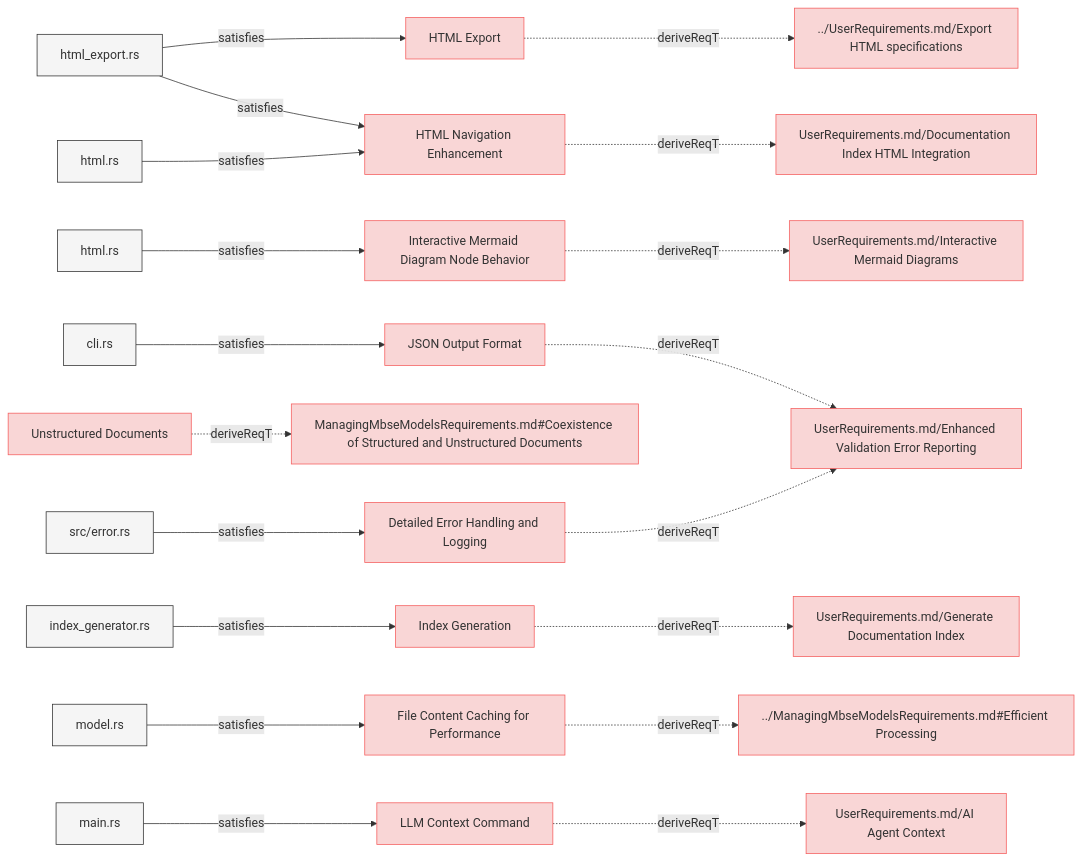
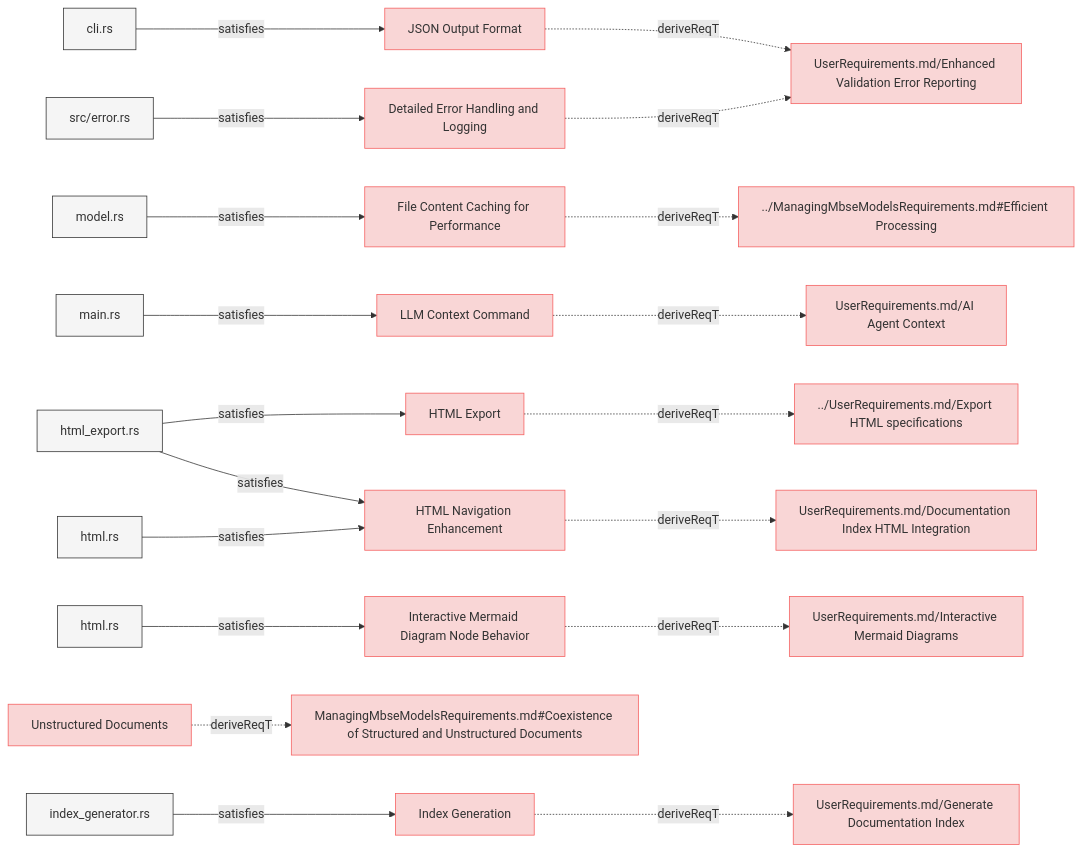
Before and after one commit to reqvire-org/reqvire: the third of 8 diagrams in specifications/SystemRequirements/Requirements.md, drawn with Mermaid. The commit also changed other lines of this file and 160 other files, not shown here.

````diff
--- a/specifications/SystemRequirements/Requirements.md
+++ b/specifications/SystemRequirements/Requirements.md
@@ -236,97 +236,97 @@
   classDef externalLink fill:#d0e0ff,stroke:#3080ff,stroke-width:1px;
   classDef default fill:#f5f5f5,stroke:#333333,stroke-width:1px;
 
-  99e7b8dcc342d683["HTML Export"];
-  click 99e7b8dcc342d683 "https://github.com/ilijaljubicic/ReqFlow/blob/73d5ae1d93adea71fdf4cc508be4d1ae09be068f/specifications/SystemRequirements/Requirements.md#html-export";
-  class 99e7b8dcc342d683 requirement;
-  6a4b7e96941effda["../UserRequirements.md/Export HTML specifications"];
-  class 6a4b7e96941effda requirement;
-  click 6a4b7e96941effda "https://github.com/ilijaljubicic/ReqFlow/blob/73d5ae1d93adea71fdf4cc508be4d1ae09be068f/specifications/UserRequirements.md#export-html-specifications";
-  99e7b8dcc342d683 -.->|deriveReqT| 6a4b7e96941effda;
-  43008ed7c339f087["html_export.rs"];
-  class 43008ed7c339f087 default;
-  click 43008ed7c339f087 "https://github.com/ilijaljubicic/ReqFlow/blob/73d5ae1d93adea71fdf4cc508be4d1ae09be068f/core/src/html_export.rs";
-  43008ed7c339f087 -->|satisfies| 99e7b8dcc342d683;
-  71debc495e095645["Interactive Mermaid Diagram Node Behavior"];
-  click 71debc495e095645 "https://github.com/ilijaljubicic/ReqFlow/blob/73d5ae1d93adea71fdf4cc508be4d1ae09be068f/specifications/SystemRequirements/Requirements.md#interactive-mermaid-diagram-node-behavior";
-  class 71debc495e095645 requirement;
-  27cb448230f8b6b0["UserRequirements.md/Interactive Mermaid Diagrams"];
-  class 27cb448230f8b6b0 requirement;
-  click 27cb448230f8b6b0 "https://github.com/ilijaljubicic/ReqFlow/blob/73d5ae1d93adea71fdf4cc508be4d1ae09be068f/specifications/UserRequirements.md#interactive-mermaid-diagrams";
-  71debc495e095645 -.->|deriveReqT| 27cb448230f8b6b0;
-  3e6a4a60e7534058["html.rs"];
-  class 3e6a4a60e7534058 default;
-  click 3e6a4a60e7534058 "https://github.com/ilijaljubicic/ReqFlow/blob/73d5ae1d93adea71fdf4cc508be4d1ae09be068f/core/src/diagrams.rs";
-  3e6a4a60e7534058 -->|satisfies| 71debc495e095645;
-  59cc05826edfa20c["HTML Navigation Enhancement"];
-  click 59cc05826edfa20c "https://github.com/ilijaljubicic/ReqFlow/blob/73d5ae1d93adea71fdf4cc508be4d1ae09be068f/specifications/SystemRequirements/Requirements.md#html-navigation-enhancement";
-  class 59cc05826edfa20c requirement;
-  9f579ceba1c84b17["UserRequirements.md/Documentation Index HTML Integration"];
-  class 9f579ceba1c84b17 requirement;
-  click 9f579ceba1c84b17 "https://github.com/ilijaljubicic/ReqFlow/blob/73d5ae1d93adea71fdf4cc508be4d1ae09be068f/specifications/UserRequirements.md#documentation-index-html-integration";
-  59cc05826edfa20c -.->|deriveReqT| 9f579ceba1c84b17;
-  8c5748ba9b82ee1e["html.rs"];
-  class 8c5748ba9b82ee1e default;
-  click 8c5748ba9b82ee1e "https://github.com/ilijaljubicic/ReqFlow/blob/73d5ae1d93adea71fdf4cc508be4d1ae09be068f/core/src/html.rs";
-  8c5748ba9b82ee1e -->|satisfies| 59cc05826edfa20c;
-  43008ed7c339f087 -->|satisfies| 59cc05826edfa20c;
-  1961923a36e51056["JSON Output Format"];
-  click 1961923a36e51056 "https://github.com/ilijaljubicic/ReqFlow/blob/73d5ae1d93adea71fdf4cc508be4d1ae09be068f/specifications/SystemRequirements/Requirements.md#json-output-format";
-  class 1961923a36e51056 requirement;
-  ad1bea65795cf377["UserRequirements.md/Enhanced Validation Error Reporting"];
-  class ad1bea65795cf377 requirement;
-  click ad1bea65795cf377 "https://github.com/ilijaljubicic/ReqFlow/blob/73d5ae1d93adea71fdf4cc508be4d1ae09be068f/specifications/UserRequirements.md#enhanced-validation-error-reporting";
-  1961923a36e51056 -.->|deriveReqT| ad1bea65795cf377;
-  b2b6ff676ff5d2cc["cli.rs"];
-  class b2b6ff676ff5d2cc default;
-  click b2b6ff676ff5d2cc "https://github.com/ilijaljubicic/ReqFlow/blob/73d5ae1d93adea71fdf4cc508be4d1ae09be068f/cli/src/cli.rs";
-  b2b6ff676ff5d2cc -->|satisfies| 1961923a36e51056;
-  15fa7a7cfb9bc2a3["Unstructured Documents"];
-  click 15fa7a7cfb9bc2a3 "https://github.com/ilijaljubicic/ReqFlow/blob/73d5ae1d93adea71fdf4cc508be4d1ae09be068f/specifications/SystemRequirements/Requirements.md#unstructured-documents";
-  class 15fa7a7cfb9bc2a3 requirement;
-  ab0a6601a5fb42c8["ManagingMbseModelsRequirements.md#Coexistence of Structured and Unstructured Documents"];
-  class ab0a6601a5fb42c8 requirement;
-  click ab0a6601a5fb42c8 "https://github.com/ilijaljubicic/ReqFlow/blob/73d5ae1d93adea71fdf4cc508be4d1ae09be068f/specifications/ManagingMbseModelsRequirements.md#coexistence-of-structured-and-unstructured-documents";
-  15fa7a7cfb9bc2a3 -.->|deriveReqT| ab0a6601a5fb42c8;
-  62ab248e5b824192["Index Generation"];
-  click 62ab248e5b824192 "https://github.com/ilijaljubicic/ReqFlow/blob/73d5ae1d93adea71fdf4cc508be4d1ae09be068f/specifications/SystemRequirements/Requirements.md#index-generation";
-  class 62ab248e5b824192 requirement;
-  c7c34d508e89ee3c["UserRequirements.md/Generate Documentation Index"];
-  class c7c34d508e89ee3c requirement;
-  click c7c34d508e89ee3c "https://github.com/ilijaljubicic/ReqFlow/blob/73d5ae1d93adea71fdf4cc508be4d1ae09be068f/specifications/UserRequirements.md#generate-documentation-index";
-  62ab248e5b824192 -.->|deriveReqT| c7c34d508e89ee3c;
-  c2ec7779a185b1df["index_generator.rs"];
-  class c2ec7779a185b1df default;
-  click c2ec7779a185b1df "https://github.com/ilijaljubicic/ReqFlow/blob/73d5ae1d93adea71fdf4cc508be4d1ae09be068f/core/src/index_generator.rs";
-  c2ec7779a185b1df -->|satisfies| 62ab248e5b824192;
-  ebf05dbb02b07598["File Content Caching for Performance"];
-  click ebf05dbb02b07598 "https://github.com/ilijaljubicic/ReqFlow/blob/73d5ae1d93adea71fdf4cc508be4d1ae09be068f/specifications/SystemRequirements/Requirements.md#file-content-caching-for-performance";
-  class ebf05dbb02b07598 requirement;
-  aac74edfeb367501["../ManagingMbseModelsRequirements.md#Efficient Processing"];
-  class aac74edfeb367501 requirement;
-  click aac74edfeb367501 "https://github.com/ilijaljubicic/ReqFlow/blob/73d5ae1d93adea71fdf4cc508be4d1ae09be068f/specifications/ManagingMbseModelsRequirements.md#efficient-processing";
-  ebf05dbb02b07598 -.->|deriveReqT| aac74edfeb367501;
-  9efd257c4e6a45f9["model.rs"];
-  class 9efd257c4e6a45f9 default;
-  click 9efd257c4e6a45f9 "https://github.com/ilijaljubicic/ReqFlow/blob/73d5ae1d93adea71fdf4cc508be4d1ae09be068f/core/src/model.rs";
-  9efd257c4e6a45f9 -->|satisfies| ebf05dbb02b07598;
-  2c6c9d35cca20822["LLM Context Command"];
-  click 2c6c9d35cca20822 "https://github.com/ilijaljubicic/ReqFlow/blob/73d5ae1d93adea71fdf4cc508be4d1ae09be068f/specifications/SystemRequirements/Requirements.md#llm-context-command";
-  class 2c6c9d35cca20822 requirement;
-  b1d0919d0418c0f1["UserRequirements.md/AI Agent Context"];
-  class b1d0919d0418c0f1 requirement;
-  click b1d0919d0418c0f1 "https://github.com/ilijaljubicic/ReqFlow/blob/73d5ae1d93adea71fdf4cc508be4d1ae09be068f/specifications/UserRequirements.md#ai-agent-context";
-  2c6c9d35cca20822 -.->|deriveReqT| b1d0919d0418c0f1;
-  fa97bbe2cc21e304["main.rs"];
-  class fa97bbe2cc21e304 default;
-  click fa97bbe2cc21e304 "https://github.com/ilijaljubicic/ReqFlow/blob/73d5ae1d93adea71fdf4cc508be4d1ae09be068f/cli/src/main.rs";
-  fa97bbe2cc21e304 -->|satisfies| 2c6c9d35cca20822;
-  8cd1d72c54544cd9["Detailed Error Handling and Logging"];
-  click 8cd1d72c54544cd9 "https://github.com/ilijaljubicic/ReqFlow/blob/73d5ae1d93adea71fdf4cc508be4d1ae09be068f/specifications/SystemRequirements/Requirements.md#detailed-error-handling-and-logging";
-  class 8cd1d72c54544cd9 requirement;
-  8cd1d72c54544cd9 -.->|deriveReqT| ad1bea65795cf377;
-  222ec862cb08c29a["src/error.rs"];
-  class 222ec862cb08c29a default;
-  click 222ec862cb08c29a "https://github.com/ilijaljubicic/ReqFlow/blob/73d5ae1d93adea71fdf4cc508be4d1ae09be068f/core/src/error.rs";
-  222ec862cb08c29a -->|satisfies| 8cd1d72c54544cd9;
+  34955d64b2f2498a["JSON Output Format"];
+  click 34955d64b2f2498a "https://github.com/ilijaljubicic/Reqvire/blob/8a68ca1eab81bac7964085e47777a0a92447c6a5/specifications/SystemRequirements/Requirements.md#json-output-format";
+  class 34955d64b2f2498a requirement;
+  20193d4c951bb5d8["UserRequirements.md/Enhanced Validation Error Reporting"];
+  class 20193d4c951bb5d8 requirement;
+  click 20193d4c951bb5d8 "https://github.com/ilijaljubicic/Reqvire/blob/8a68ca1eab81bac7964085e47777a0a92447c6a5/specifications/UserRequirements.md#enhanced-validation-error-reporting";
+  34955d64b2f2498a -.->|deriveReqT| 20193d4c951bb5d8;
+  5fe26772336463bc["cli.rs"];
+  class 5fe26772336463bc default;
+  click 5fe26772336463bc "https://github.com/ilijaljubicic/Reqvire/blob/8a68ca1eab81bac7964085e47777a0a92447c6a5/cli/src/cli.rs";
+  5fe26772336463bc -->|satisfies| 34955d64b2f2498a;
+  d0ab992050899c65["Detailed Error Handling and Logging"];
+  click d0ab992050899c65 "https://github.com/ilijaljubicic/Reqvire/blob/8a68ca1eab81bac7964085e47777a0a92447c6a5/specifications/SystemRequirements/Requirements.md#detailed-error-handling-and-logging";
+  class d0ab992050899c65 requirement;
+  d0ab992050899c65 -.->|deriveReqT| 20193d4c951bb5d8;
+  7d8c02914ff6562f["src/error.rs"];
+  class 7d8c02914ff6562f default;
+  click 7d8c02914ff6562f "https://github.com/ilijaljubicic/Reqvire/blob/8a68ca1eab81bac7964085e47777a0a92447c6a5/core/src/error.rs";
+  7d8c02914ff6562f -->|satisfies| d0ab992050899c65;
+  6fda52e049427373["File Content Caching for Performance"];
+  click 6fda52e049427373 "https://github.com/ilijaljubicic/Reqvire/blob/8a68ca1eab81bac7964085e47777a0a92447c6a5/specifications/SystemRequirements/Requirements.md#file-content-caching-for-performance";
+  class 6fda52e049427373 requirement;
+  b6c8faf2d138c14a["../ManagingMbseModelsRequirements.md#Efficient Processing"];
+  class b6c8faf2d138c14a requirement;
+  click b6c8faf2d138c14a "https://github.com/ilijaljubicic/Reqvire/blob/8a68ca1eab81bac7964085e47777a0a92447c6a5/specifications/ManagingMbseModelsRequirements.md#efficient-processing";
+  6fda52e049427373 -.->|deriveReqT| b6c8faf2d138c14a;
+  2671722513a08b18["model.rs"];
+  class 2671722513a08b18 default;
+  click 2671722513a08b18 "https://github.com/ilijaljubicic/Reqvire/blob/8a68ca1eab81bac7964085e47777a0a92447c6a5/core/src/model.rs";
+  2671722513a08b18 -->|satisfies| 6fda52e049427373;
+  9bd5bfd010597a61["LLM Context Command"];
+  click 9bd5bfd010597a61 "https://github.com/ilijaljubicic/Reqvire/blob/8a68ca1eab81bac7964085e47777a0a92447c6a5/specifications/SystemRequirements/Requirements.md#llm-context-command";
+  class 9bd5bfd010597a61 requirement;
+  c5fffc3cd9f22134["UserRequirements.md/AI Agent Context"];
+  class c5fffc3cd9f22134 requirement;
+  click c5fffc3cd9f22134 "https://github.com/ilijaljubicic/Reqvire/blob/8a68ca1eab81bac7964085e47777a0a92447c6a5/specifications/UserRequirements.md#ai-agent-context";
+  9bd5bfd010597a61 -.->|deriveReqT| c5fffc3cd9f22134;
+  f6af4e23e0321ea9["main.rs"];
+  class f6af4e23e0321ea9 default;
+  click f6af4e23e0321ea9 "https://github.com/ilijaljubicic/Reqvire/blob/8a68ca1eab81bac7964085e47777a0a92447c6a5/cli/src/main.rs";
+  f6af4e23e0321ea9 -->|satisfies| 9bd5bfd010597a61;
+  e0125fd451efef8b["HTML Export"];
+  click e0125fd451efef8b "https://github.com/ilijaljubicic/Reqvire/blob/8a68ca1eab81bac7964085e47777a0a92447c6a5/specifications/SystemRequirements/Requirements.md#html-export";
+  class e0125fd451efef8b requirement;
+  6424b4fd0b132482["../UserRequirements.md/Export HTML specifications"];
+  class 6424b4fd0b132482 requirement;
+  click 6424b4fd0b132482 "https://github.com/ilijaljubicic/Reqvire/blob/8a68ca1eab81bac7964085e47777a0a92447c6a5/specifications/UserRequirements.md#export-html-specifications";
+  e0125fd451efef8b -.->|deriveReqT| 6424b4fd0b132482;
+  263d4f4f6c5b0e15["html_export.rs"];
+  class 263d4f4f6c5b0e15 default;
+  click 263d4f4f6c5b0e15 "https://github.com/ilijaljubicic/Reqvire/blob/8a68ca1eab81bac7964085e47777a0a92447c6a5/core/src/html_export.rs";
+  263d4f4f6c5b0e15 -->|satisfies| e0125fd451efef8b;
+  d0f717482d447c04["Interactive Mermaid Diagram Node Behavior"];
+  click d0f717482d447c04 "https://github.com/ilijaljubicic/Reqvire/blob/8a68ca1eab81bac7964085e47777a0a92447c6a5/specifications/SystemRequirements/Requirements.md#interactive-mermaid-diagram-node-behavior";
+  class d0f717482d447c04 requirement;
+  33a6290c04810f44["UserRequirements.md/Interactive Mermaid Diagrams"];
+  class 33a6290c04810f44 requirement;
+  click 33a6290c04810f44 "https://github.com/ilijaljubicic/Reqvire/blob/8a68ca1eab81bac7964085e47777a0a92447c6a5/specifications/UserRequirements.md#interactive-mermaid-diagrams";
+  d0f717482d447c04 -.->|deriveReqT| 33a6290c04810f44;
+  e29a97d68903e7bb["html.rs"];
+  class e29a97d68903e7bb default;
+  click e29a97d68903e7bb "https://github.com/ilijaljubicic/Reqvire/blob/8a68ca1eab81bac7964085e47777a0a92447c6a5/core/src/diagrams.rs";
+  e29a97d68903e7bb -->|satisfies| d0f717482d447c04;
+  eae22c5060352d6f["HTML Navigation Enhancement"];
+  click eae22c5060352d6f "https://github.com/ilijaljubicic/Reqvire/blob/8a68ca1eab81bac7964085e47777a0a92447c6a5/specifications/SystemRequirements/Requirements.md#html-navigation-enhancement";
+  class eae22c5060352d6f requirement;
+  3197771fa6f58185["UserRequirements.md/Documentation Index HTML Integration"];
+  class 3197771fa6f58185 requirement;
+  click 3197771fa6f58185 "https://github.com/ilijaljubicic/Reqvire/blob/8a68ca1eab81bac7964085e47777a0a92447c6a5/specifications/UserRequirements.md#documentation-index-html-integration";
+  eae22c5060352d6f -.->|deriveReqT| 3197771fa6f58185;
+  49d2748b5e210381["html.rs"];
+  class 49d2748b5e210381 default;
+  click 49d2748b5e210381 "https://github.com/ilijaljubicic/Reqvire/blob/8a68ca1eab81bac7964085e47777a0a92447c6a5/core/src/html.rs";
+  49d2748b5e210381 -->|satisfies| eae22c5060352d6f;
+  263d4f4f6c5b0e15 -->|satisfies| eae22c5060352d6f;
+  d6a1fbde09883ed0["Unstructured Documents"];
+  click d6a1fbde09883ed0 "https://github.com/ilijaljubicic/Reqvire/blob/8a68ca1eab81bac7964085e47777a0a92447c6a5/specifications/SystemRequirements/Requirements.md#unstructured-documents";
+  class d6a1fbde09883ed0 requirement;
+  a67f325ec6416b1d["ManagingMbseModelsRequirements.md#Coexistence of Structured and Unstructured Documents"];
+  class a67f325ec6416b1d requirement;
+  click a67f325ec6416b1d "https://github.com/ilijaljubicic/Reqvire/blob/8a68ca1eab81bac7964085e47777a0a92447c6a5/specifications/ManagingMbseModelsRequirements.md#coexistence-of-structured-and-unstructured-documents";
+  d6a1fbde09883ed0 -.->|deriveReqT| a67f325ec6416b1d;
+  ca07c1345af51729["Index Generation"];
+  click ca07c1345af51729 "https://github.com/ilijaljubicic/Reqvire/blob/8a68ca1eab81bac7964085e47777a0a92447c6a5/specifications/SystemRequirements/Requirements.md#index-generation";
+  class ca07c1345af51729 requirement;
+  a0f45824211bff87["UserRequirements.md/Generate Documentation Index"];
+  class a0f45824211bff87 requirement;
+  click a0f45824211bff87 "https://github.com/ilijaljubicic/Reqvire/blob/8a68ca1eab81bac7964085e47777a0a92447c6a5/specifications/UserRequirements.md#generate-documentation-index";
+  ca07c1345af51729 -.->|deriveReqT| a0f45824211bff87;
+  770285ae87065aa3["index_generator.rs"];
+  class 770285ae87065aa3 default;
+  click 770285ae87065aa3 "https://github.com/ilijaljubicic/Reqvire/blob/8a68ca1eab81bac7964085e47777a0a92447c6a5/core/src/index_generator.rs";
+  770285ae87065aa3 -->|satisfies| ca07c1345af51729;
 ```
````
